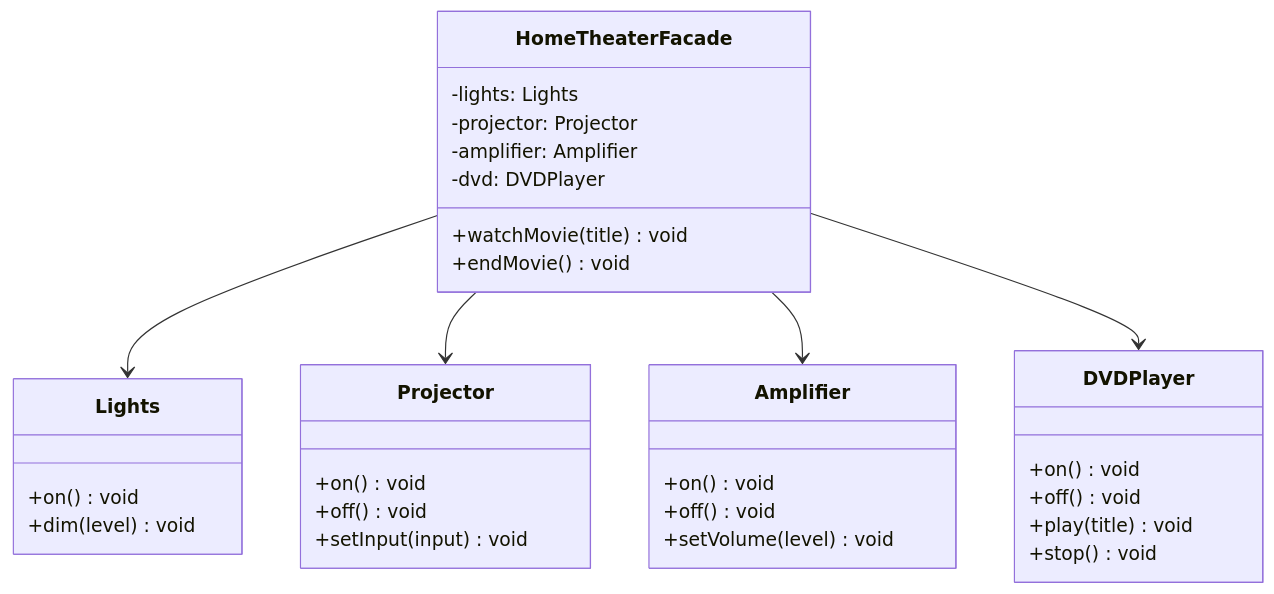
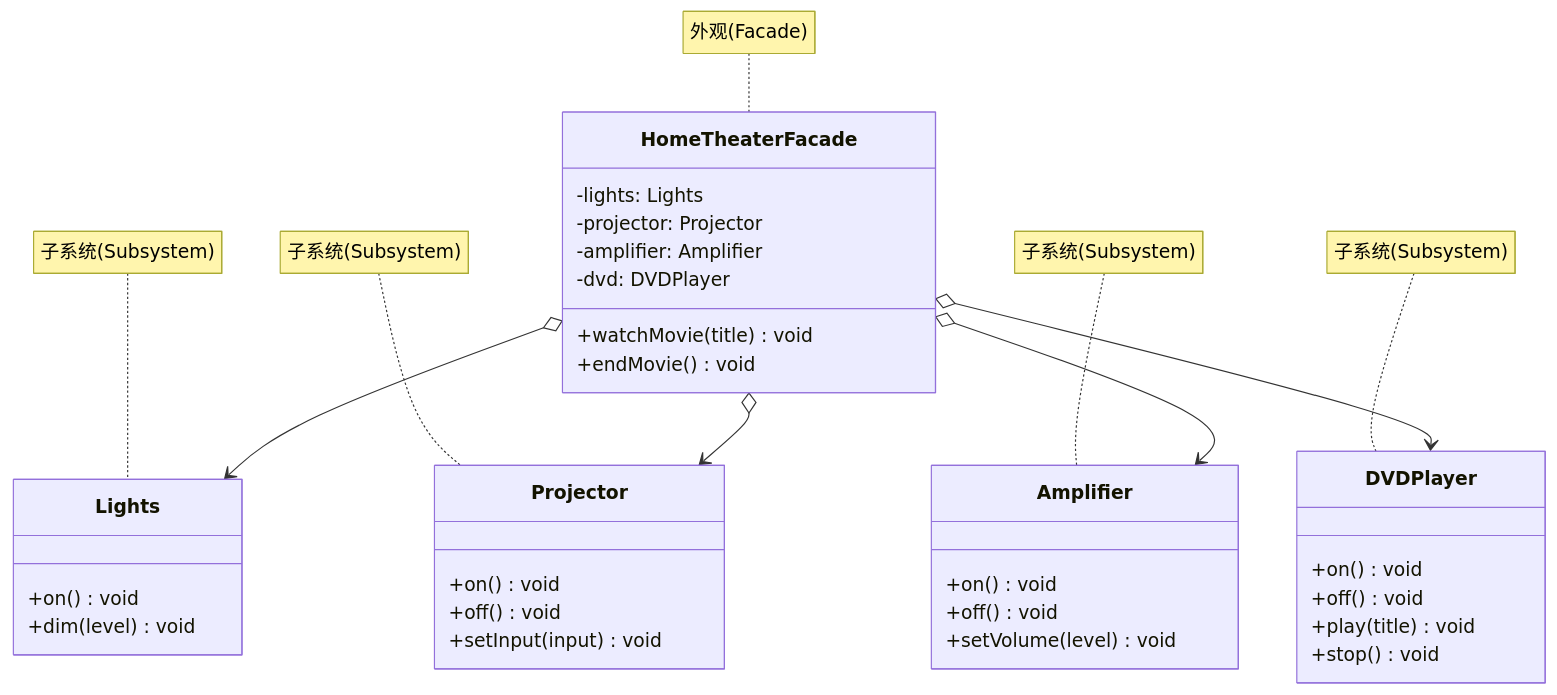
The diagram in docs/topic/design-patterns/structural-patterns/facade/index.md (luguosong/programming-notes), drawn with Mermaid before and after one commit. The commit also changed 23 other files, not shown here.

First line of the commit message:
fix: 修正设计模式 UML 箭头类型并添加角色标注

````diff
--- a/docs/topic/design-patterns/structural-patterns/facade/index.md
+++ b/docs/topic/design-patterns/structural-patterns/facade/index.md
@@ -28,35 +28,40 @@
 ```mermaid
 classDiagram
     class HomeTheaterFacade {
         -lights: Lights
         -projector: Projector
         -amplifier: Amplifier
         -dvd: DVDPlayer
         +watchMovie(title) void
         +endMovie() void
     }
     class Lights {
         +on() void
         +dim(level) void
     }
     class Projector {
         +on() void
         +off() void
         +setInput(input) void
     }
     class Amplifier {
         +on() void
         +off() void
         +setVolume(level) void
     }
     class DVDPlayer {
         +on() void
         +off() void
         +play(title) void
         +stop() void
     }
-    HomeTheaterFacade --> Lights
-    HomeTheaterFacade --> Projector
-    HomeTheaterFacade --> Amplifier
-    HomeTheaterFacade --> DVDPlayer
+    HomeTheaterFacade o--> Lights
+    HomeTheaterFacade o--> Projector
+    HomeTheaterFacade o--> Amplifier
+    HomeTheaterFacade o--> DVDPlayer
+    note for HomeTheaterFacade "外观(Facade)"
+    note for Lights "子系统(Subsystem)"
+    note for Projector "子系统(Subsystem)"
+    note for Amplifier "子系统(Subsystem)"
+    note for DVDPlayer "子系统(Subsystem)"
 ```
````
